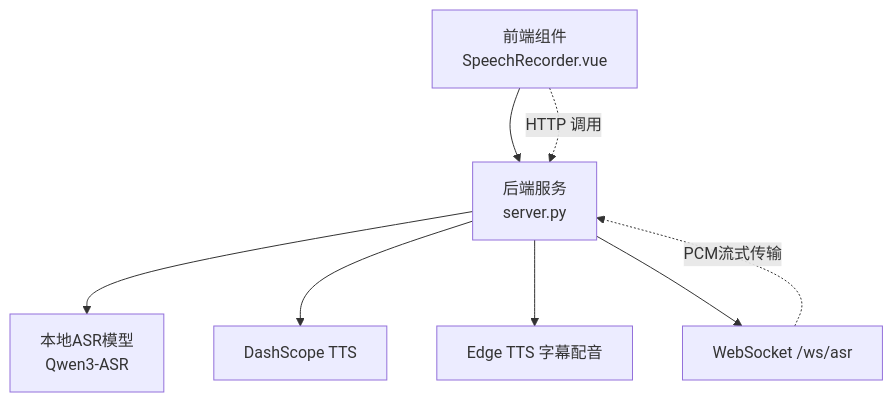
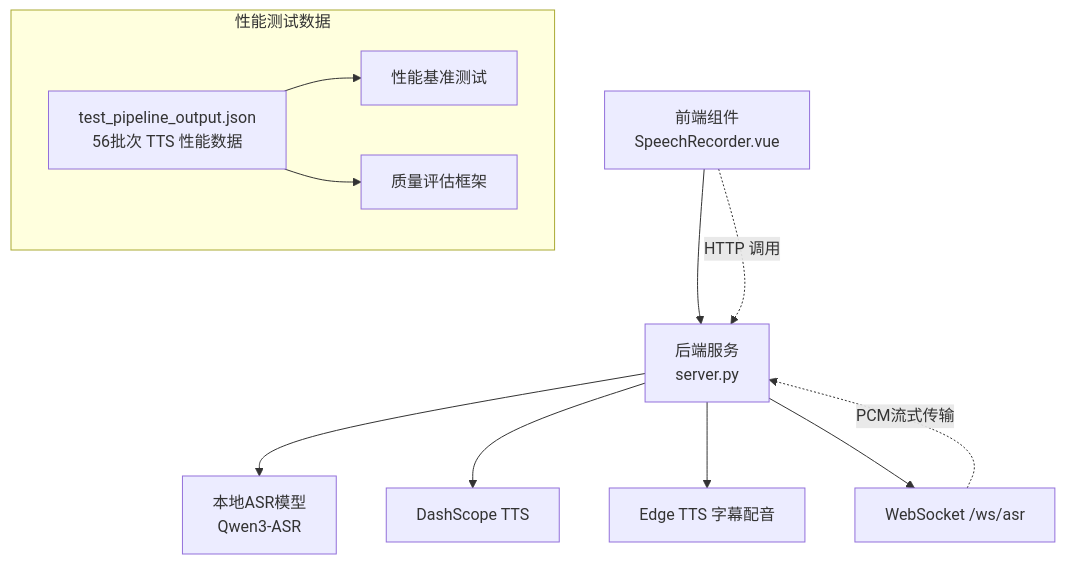
One commit to 1024dashen/Vue3Speech changed the first of 9 diagrams in .qoder/repowiki/zh/content/开发者指南/测试策略与实践.md. Above: the diagram before and after it, drawn with Mermaid. The commit also changed other lines of this file and 8 other files, not shown here.

````diff
--- a/.qoder/repowiki/zh/content/开发者指南/测试策略与实践.md
+++ b/.qoder/repowiki/zh/content/开发者指南/测试策略与实践.md
@@ -46,10 +51,15 @@
 ```mermaid
 graph TB
 FE["前端组件<br/>SpeechRecorder.vue"] --> API["后端服务<br/>server.py"]
 API --> ASR["本地ASR模型<br/>Qwen3-ASR"]
 API --> TTS["DashScope TTS"]
 API --> EDGE["Edge TTS 字幕配音"]
 API --> WS["WebSocket /ws/asr"]
 FE -.->|"HTTP 调用"| API
 WS -.->|"PCM流式传输"| API
+subgraph "性能测试数据"
+PIPELINE["test_pipeline_output.json<br/>56批次 TTS 性能数据"]
+PIPELINE --> PERF["性能基准测试"]
+PIPELINE --> QUALITY["质量评估框架"]
+end
 ```
````
